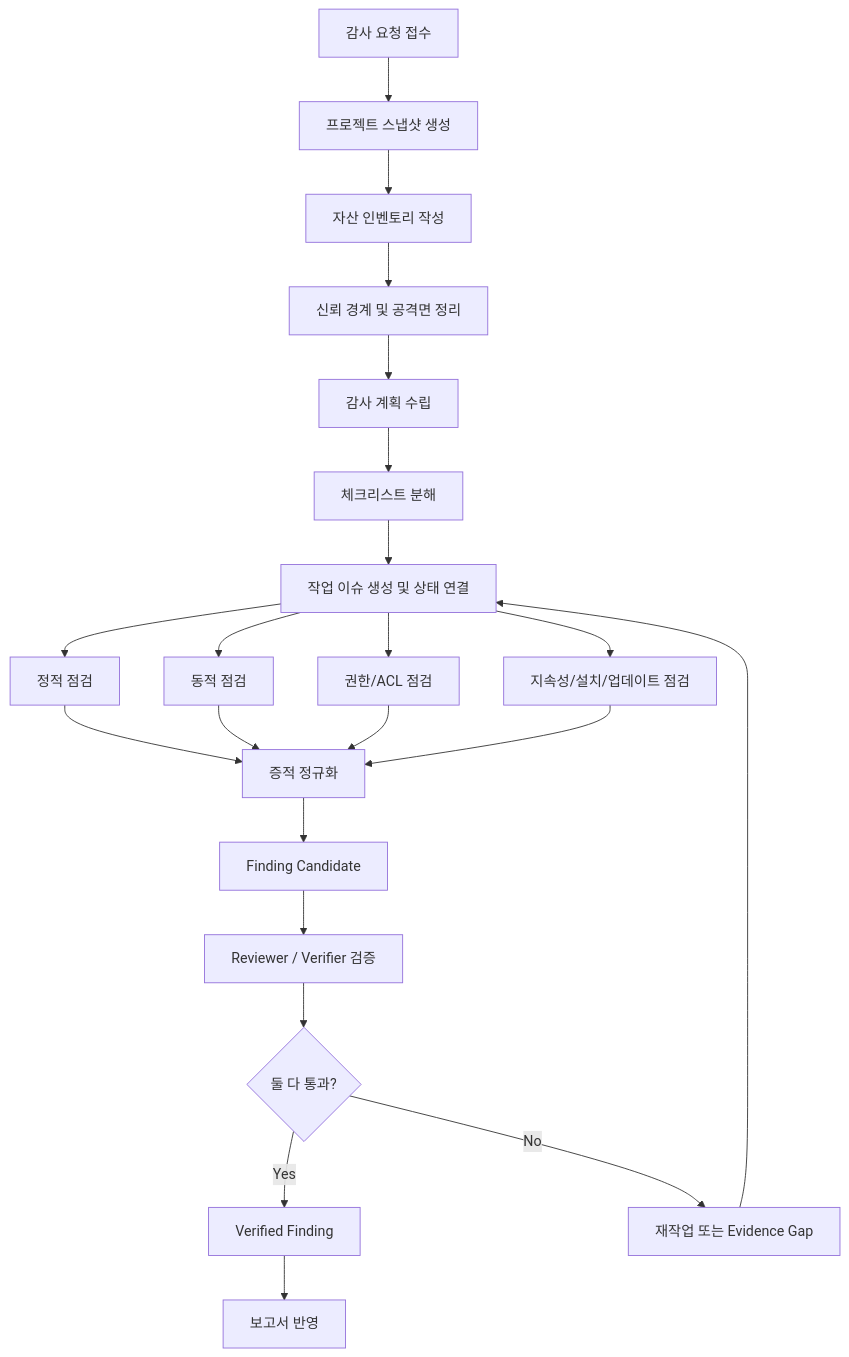
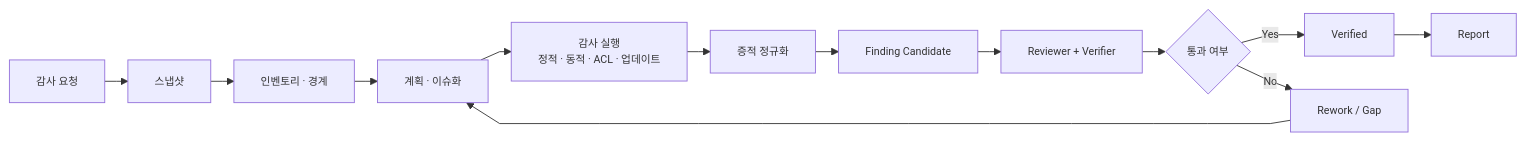
The diagram in decks/windows-audit-design/pages/03_workflow_structure.md (koalav/present-anyything), drawn with Mermaid before and after one commit. The commit also changed other lines of this file and 259 other files, not shown here.

````diff
--- a/decks/windows-audit-design/pages/03_workflow_structure.md
+++ b/decks/windows-audit-design/pages/03_workflow_structure.md
@@ -11,27 +13,16 @@
 ```mermaid
-flowchart TD
-    A[감사 요청 접수] --> B[프로젝트 스냅샷 생성]
-    B --> C[자산 인벤토리 작성]
-    C --> D[신뢰 경계 및 공격면 정리]
-    D --> E[감사 계획 수립]
-    E --> F[체크리스트 분해]
-    F --> G[작업 이슈 생성 및 상태 연결]
-
-    G --> H1[정적 점검]
-    G --> H2[동적 점검]
-    G --> H3[권한/ACL 점검]
-    G --> H4[지속성/설치/업데이트 점검]
-
-    H1 --> I[증적 정규화]
-    H2 --> I
-    H3 --> I
-    H4 --> I
-
-    I --> J[Finding Candidate]
-    J --> K[Reviewer / Verifier 검증]
-    K --> L{둘 다 통과?}
-    L -->|Yes| M[Verified Finding]
-    L -->|No| N[재작업 또는 Evidence Gap]
-    N --> G
-    M --> O[보고서 반영]
+%%{init: {'themeVariables': {'fontSize': '12px'}, 'flowchart': {'nodeSpacing': 18, 'rankSpacing': 26, 'diagramPadding': 6, 'curve': 'linear'}}}%%
+flowchart LR
+    A[감사 요청] --> B[스냅샷]
+    B --> C[인벤토리 · 경계]
+    C --> D[계획 · 이슈화]
+    D --> E[감사 실행<br/>정적 · 동적 · ACL · 업데이트]
+    E --> F[증적 정규화]
+    F --> G[Finding Candidate]
+    G --> H[Reviewer + Verifier]
+    H --> I{통과 여부}
+    I -->|Yes| J[Verified]
+    I -->|No| K[Rework / Gap]
+    K --> D
+    J --> L[Report]
 ```
````
